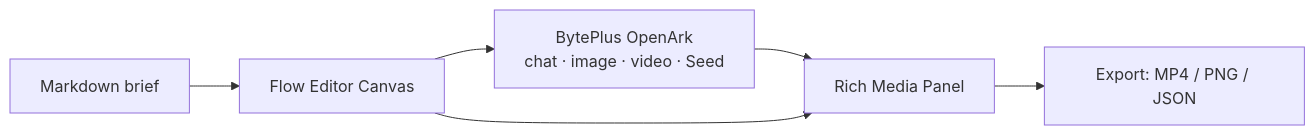
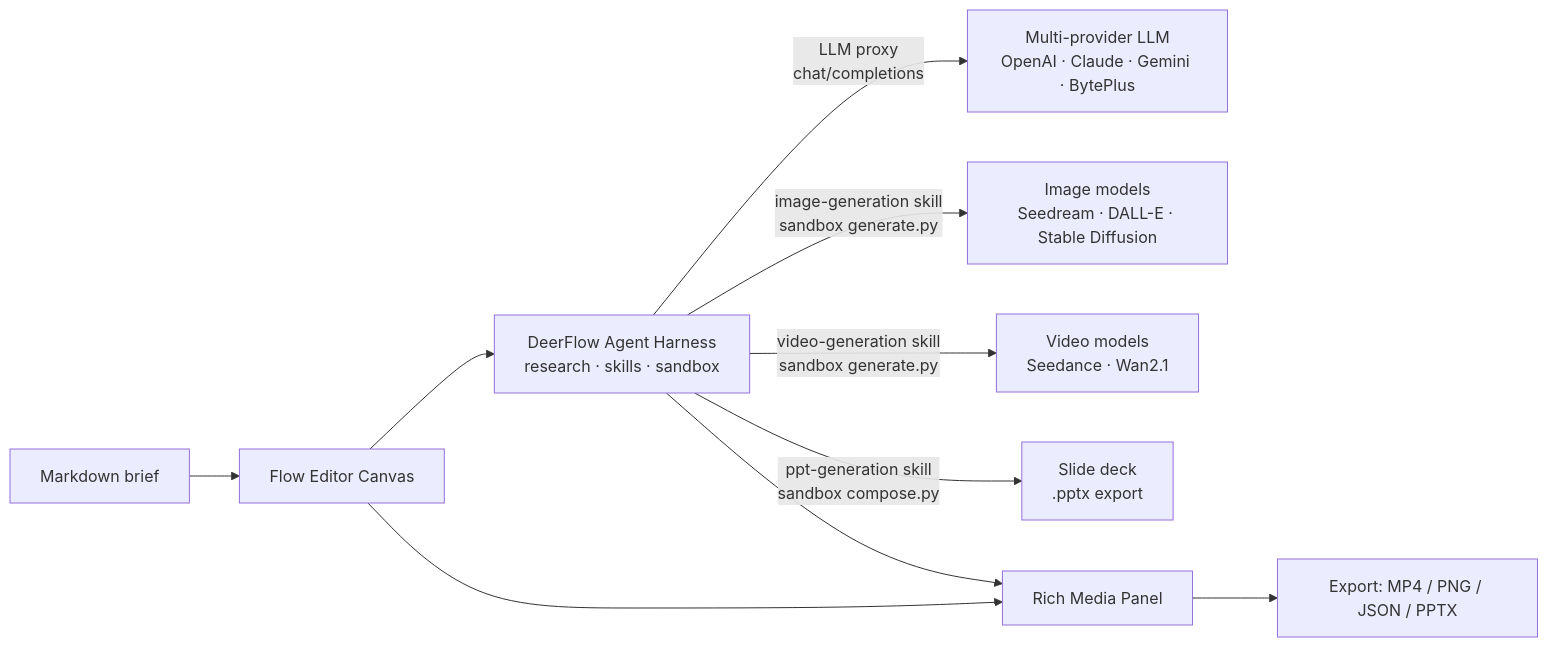
The second of 2 diagrams in docs/knowgrph-rich-media-canvas-readme.md (huijoohwee/huijoohwee), drawn with Mermaid before and after one commit. The commit also changed other lines of this file and 401 other files, not shown here.

````diff
--- a/docs/knowgrph-rich-media-canvas-readme.md
+++ b/docs/knowgrph-rich-media-canvas-readme.md
@@ -310,8 +311,12 @@
 ```mermaid
 flowchart LR
   MD[Markdown brief] --> FC[Flow Editor Canvas]
-  FC --> BP["BytePlus OpenArk\nchat · image · video · Seed"]
-  BP --> RMP[Rich Media Panel]
+  FC --> DF["DeerFlow Agent Harness\nresearch · skills · sandbox"]
+  DF -->|"LLM proxy\nchat/completions"| LLM["Multi-provider LLM\nOpenAI · Claude · Gemini · BytePlus"]
+  DF -->|"image-generation skill\nsandbox generate.py"| IMG["Image models\nSeedream · DALL-E · Stable Diffusion"]
+  DF -->|"video-generation skill\nsandbox generate.py"| VID["Video models\nSeedance · Wan2.1"]
+  DF -->|"ppt-generation skill\nsandbox compose.py"| PPT["Slide deck\n.pptx export"]
+  DF --> RMP[Rich Media Panel]
   FC --> RMP
-  RMP --> EXP["Export: MP4 / PNG / JSON"]
+  RMP --> EXP["Export: MP4 / PNG / JSON / PPTX"]
 ```
````
